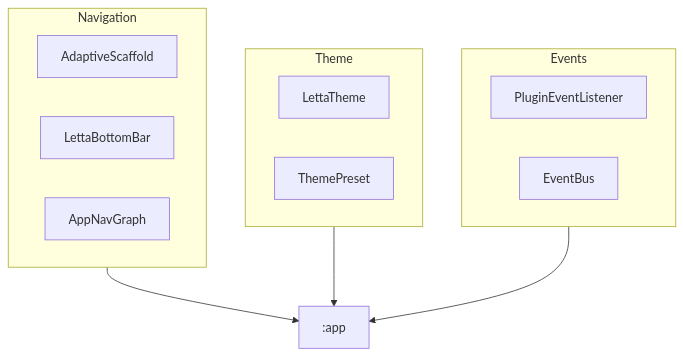
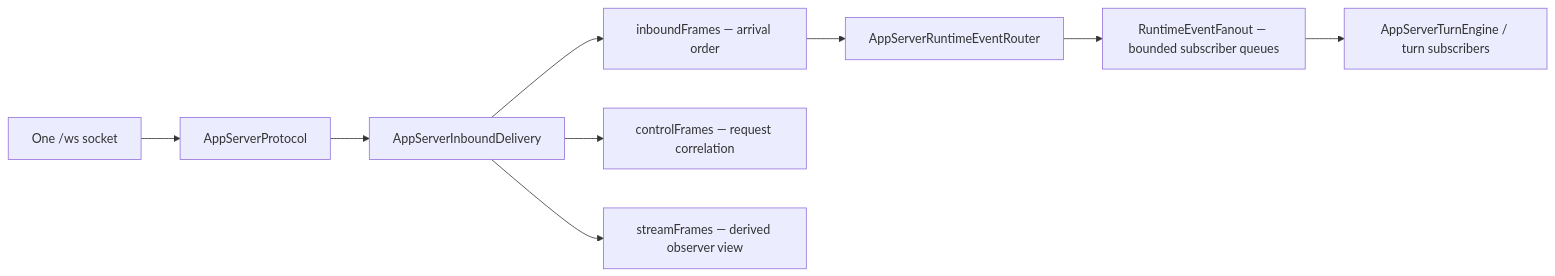
Before and after one commit to oculairmedia/letta-mobile: the second of 3 diagrams in docs/architecture/diagrams.md, drawn with Mermaid. The commit also changed other lines of this file and 131 other files, not shown here.

````diff
--- a/docs/architecture/diagrams.md
+++ b/docs/architecture/diagrams.md
@@ -118,22 +27,11 @@
 ```mermaid
-flowchart TB
-    subgraph NavExt["Navigation"]
-        N1["AdaptiveScaffold"]
-        N2["LettaBottomBar"]
-        N3["AppNavGraph"]
-    end
-
-    subgraph ThemeExt["Theme"]
-        T1["LettaTheme"]
-        T2["ThemePreset"]
-    end
-
-    subgraph EventExt["Events"]
-        E1["PluginEventListener"]
-        E2["EventBus"]
-    end
-
-    NavExt --> App[":app"]
-    ThemeExt --> App
-    EventExt --> App
+flowchart LR
+    Socket["One /ws socket"] --> Decode["AppServerProtocol"]
+    Decode --> Delivery["AppServerInboundDelivery"]
+    Delivery --> Ordered["inboundFrames — arrival order"]
+    Delivery --> Control["controlFrames — request correlation"]
+    Delivery --> Stream["streamFrames — derived observer view"]
+    Ordered --> Router["AppServerRuntimeEventRouter"]
+    Router --> Fanout["RuntimeEventFanout — bounded subscriber queues"]
+    Fanout --> Turn["AppServerTurnEngine / turn subscribers"]
 ```
````
